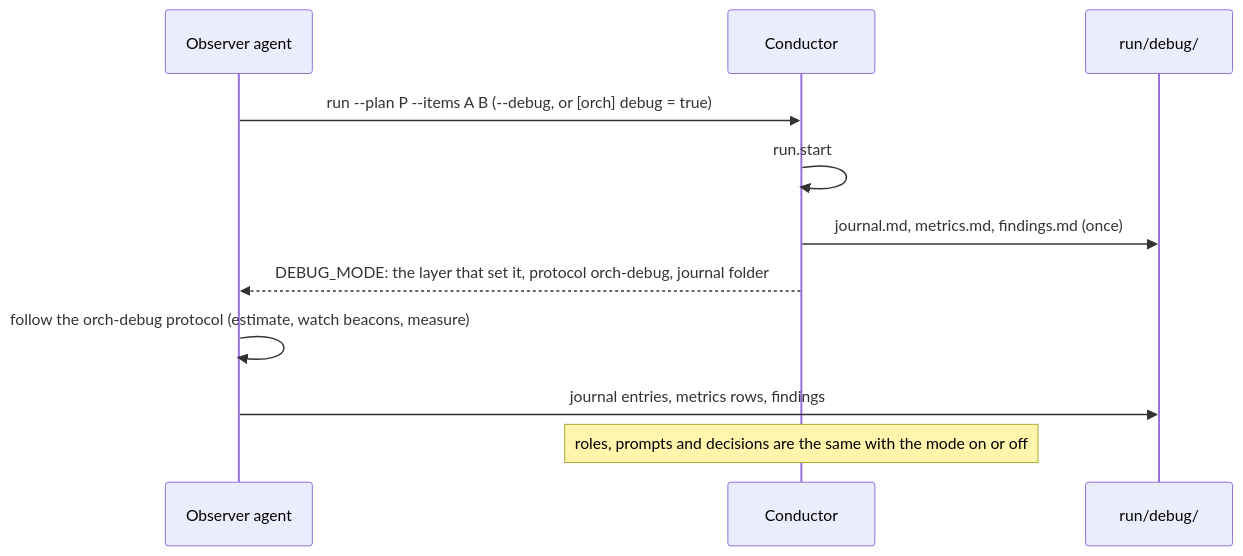
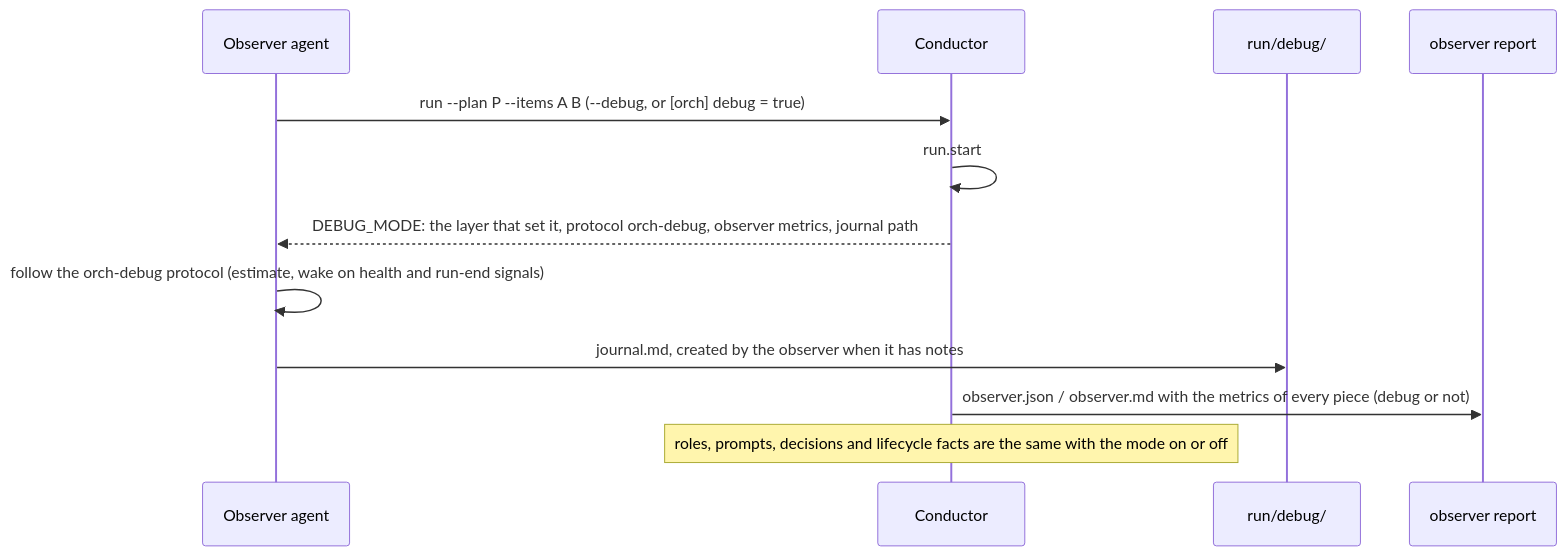
Before and after one commit to academici/swissknifeman: diagram 11 of 11 in packages/orch/docs/flows.md, drawn with Mermaid. The commit also changed 39 other files, not shown here.

First line of the commit message:
feat(stable): Детерминированные метрики observer без debug, сжатие сырых потоков prune --compress-older-than, orch-debug без LLM-опроса; закрытие фазы P8 (PLAN9.P8.6)

````diff
--- a/packages/orch/docs/flows.md
+++ b/packages/orch/docs/flows.md
@@ -291,13 +291,14 @@
 ```mermaid
 sequenceDiagram
   participant O as Observer agent
   participant C as Conductor
   participant D as run/debug/
+  participant R as observer report
   O->>C: run --plan P --items A B (--debug, or [orch] debug = true)
   C->>C: run.start
-  C->>D: journal.md, metrics.md, findings.md (once)
-  C-->>O: DEBUG_MODE: the layer that set it, protocol orch-debug, journal folder
-  O->>O: follow the orch-debug protocol (estimate, watch beacons, measure)
-  O->>D: journal entries, metrics rows, findings
-  Note over C: roles, prompts and decisions are the same with the mode on or off
+  C-->>O: DEBUG_MODE: the layer that set it, protocol orch-debug, observer metrics, journal path
+  O->>O: follow the orch-debug protocol (estimate, wake on health and run-end signals)
+  O->>D: journal.md, created by the observer when it has notes
+  C->>R: observer.json / observer.md with the metrics of every piece (debug or not)
+  Note over C: roles, prompts, decisions and lifecycle facts are the same with the mode on or off
 ```
````
